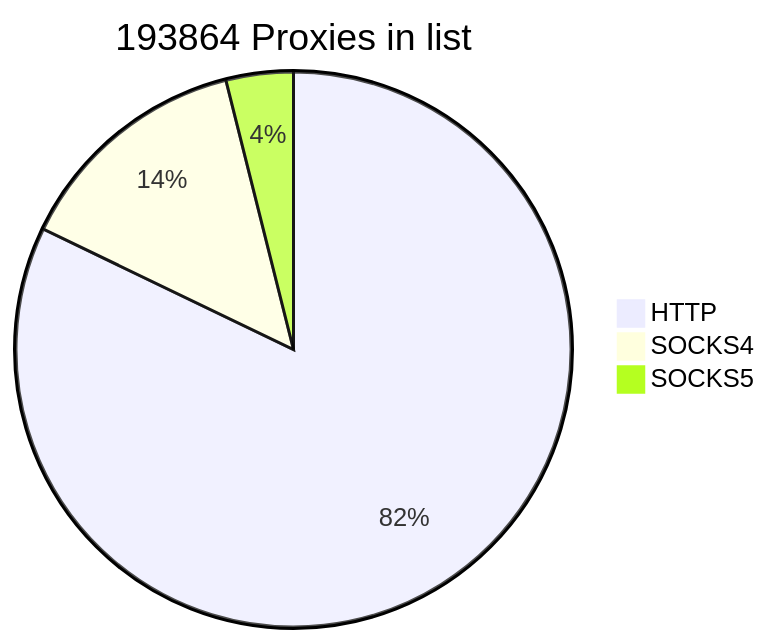
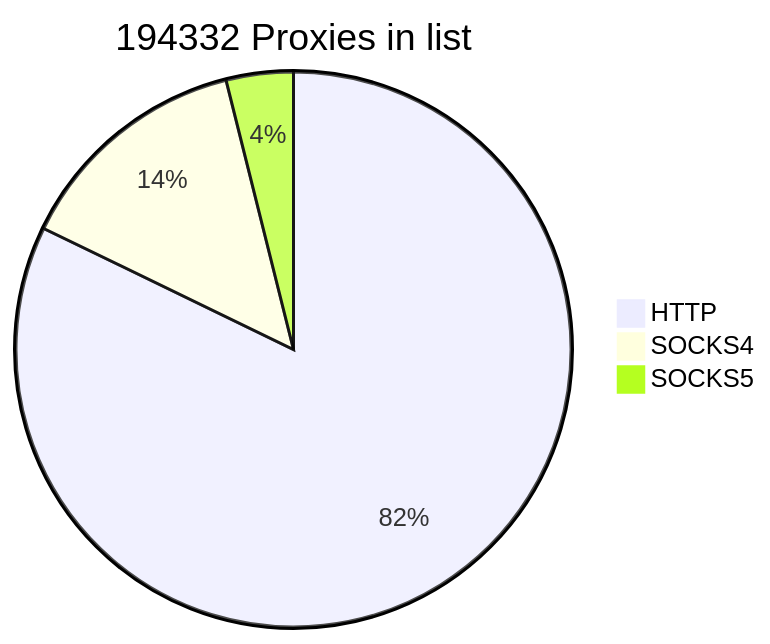
One commit to cutipu/proxylist changed the first of 2 diagrams in README.md. Above: the diagram before and after it, drawn with Mermaid. The commit also changed other lines of this file, not shown here.

````diff
--- a/README.md
+++ b/README.md
@@ -2,7 +2,7 @@
 ```mermaid
-pie title 193864 Proxies in list
-    "HTTP" : 159236
-    "SOCKS4" : 27040
+pie title 194332 Proxies in list
+    "HTTP" : 159706
+    "SOCKS4" : 27038
     "SOCKS5" : 7588
             
 ```
````
